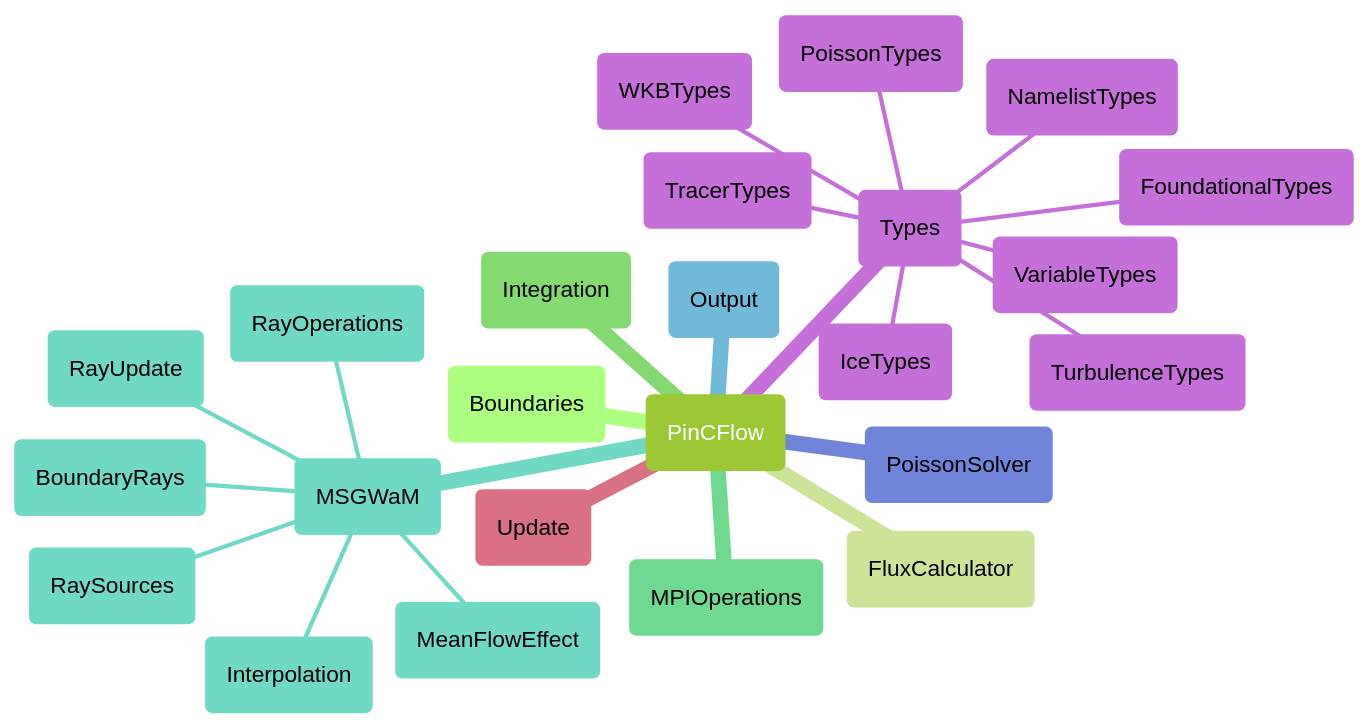
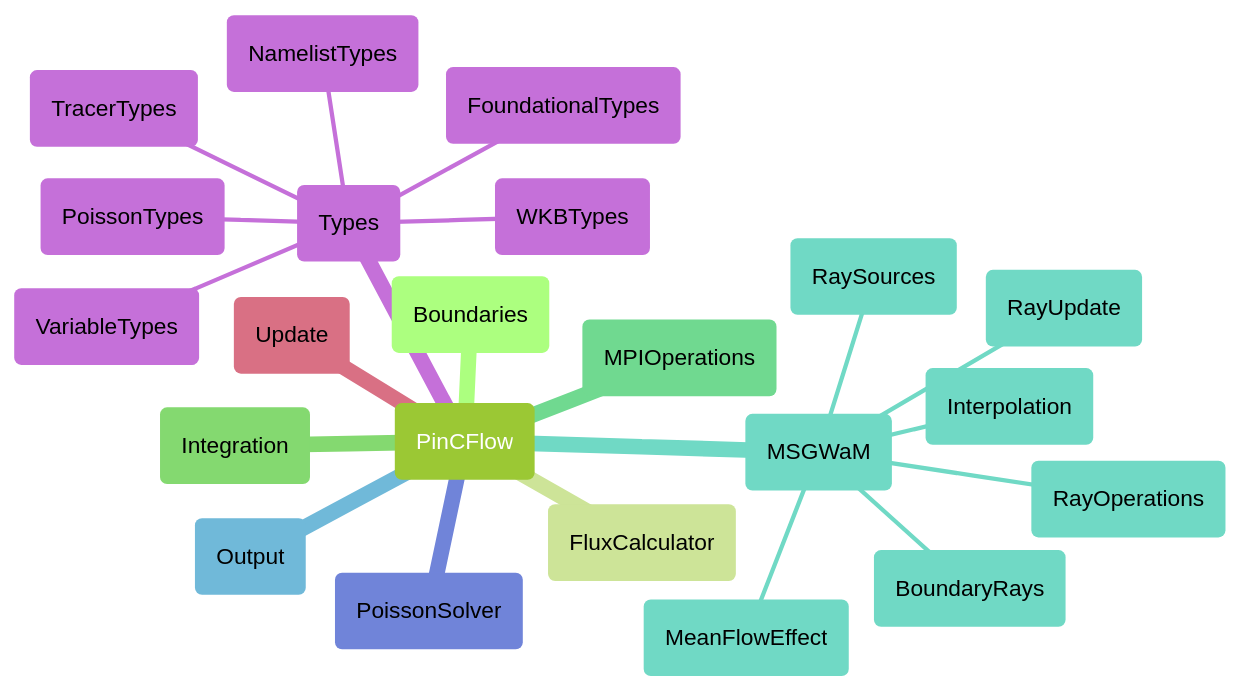
Before and after one commit to Atmospheric-Dynamics-GUF/PinCFlow.jl: the first of 2 diagrams in README.md, drawn with Mermaid. The commit also changed other lines of this file and 47 other files, not shown here.

Commit message:
Removal of ice and turbulence. WavePacket has also been removed, due to some error somewhere. Will redo.

````diff
--- a/README.md
+++ b/README.md
@@ -193,33 +193,31 @@
 ```mermaid
 ---
 config:
     theme: forest
     fontFamily: monospace
 ---
 
 mindmap
     root(PinCFlow)
         (Boundaries)
         (FluxCalculator)
         (Integration)
         (MPIOperations)
         (MSGWaM)
             (BoundaryRays)
             (Interpolation)
             (MeanFlowEffect)
             (RayOperations)
             (RaySources)
             (RayUpdate)
         (Output)
         (PoissonSolver)
         (Types)
             (FoundationalTypes)
-            (IceTypes)
             (NamelistTypes)
             (PoissonTypes)
             (TracerTypes)
-            (TurbulenceTypes)
             (VariableTypes)
             (WKBTypes)
         (Update)
 ```
````
